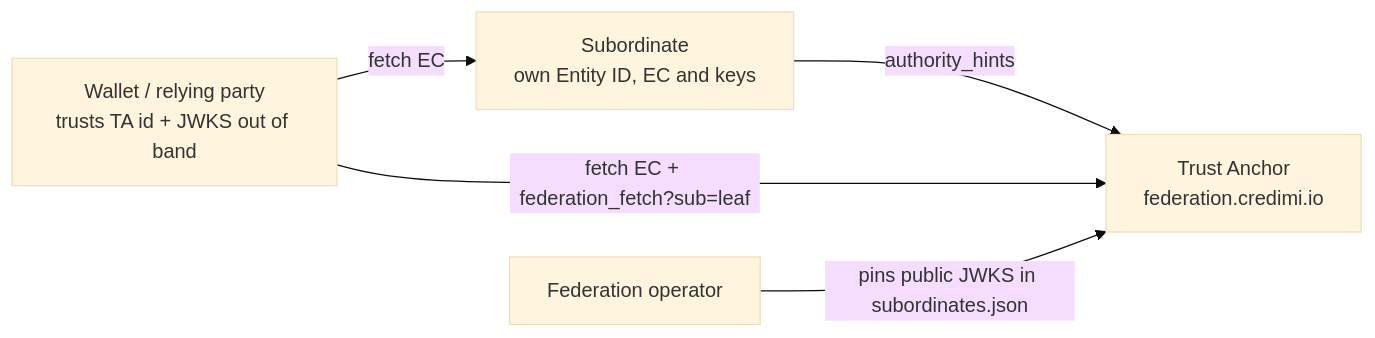
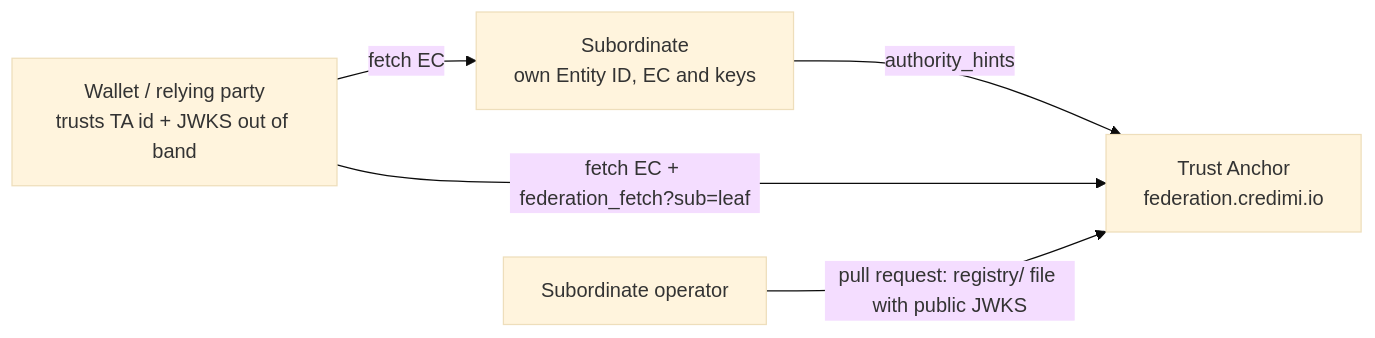
Before and after one commit to ForkbombEu/credimi-federation: the diagram in docs/INTEGRATION.md, drawn with Mermaid (base theme). The commit also changed other lines of this file and 28 other files, not shown here.

First line of the commit message:
feat(registry): accept members by pull request with live key checks

````diff
--- a/docs/INTEGRATION.md
+++ b/docs/INTEGRATION.md
@@ -15,7 +15,7 @@
 ```mermaid
 flowchart LR
   W[Wallet / relying party<br/>trusts TA id + JWKS out of band] -->|fetch EC| L
   L[Subordinate<br/>own Entity ID, EC and keys] -->|authority_hints| TA
   W -->|fetch EC + federation_fetch?sub=leaf| TA[Trust Anchor<br/>federation.credimi.io]
-  O[Federation operator] -->|pins public JWKS in subordinates.json| TA
+  O[Subordinate operator] -->|pull request: registry/ file with public JWKS| TA
 ```
````
